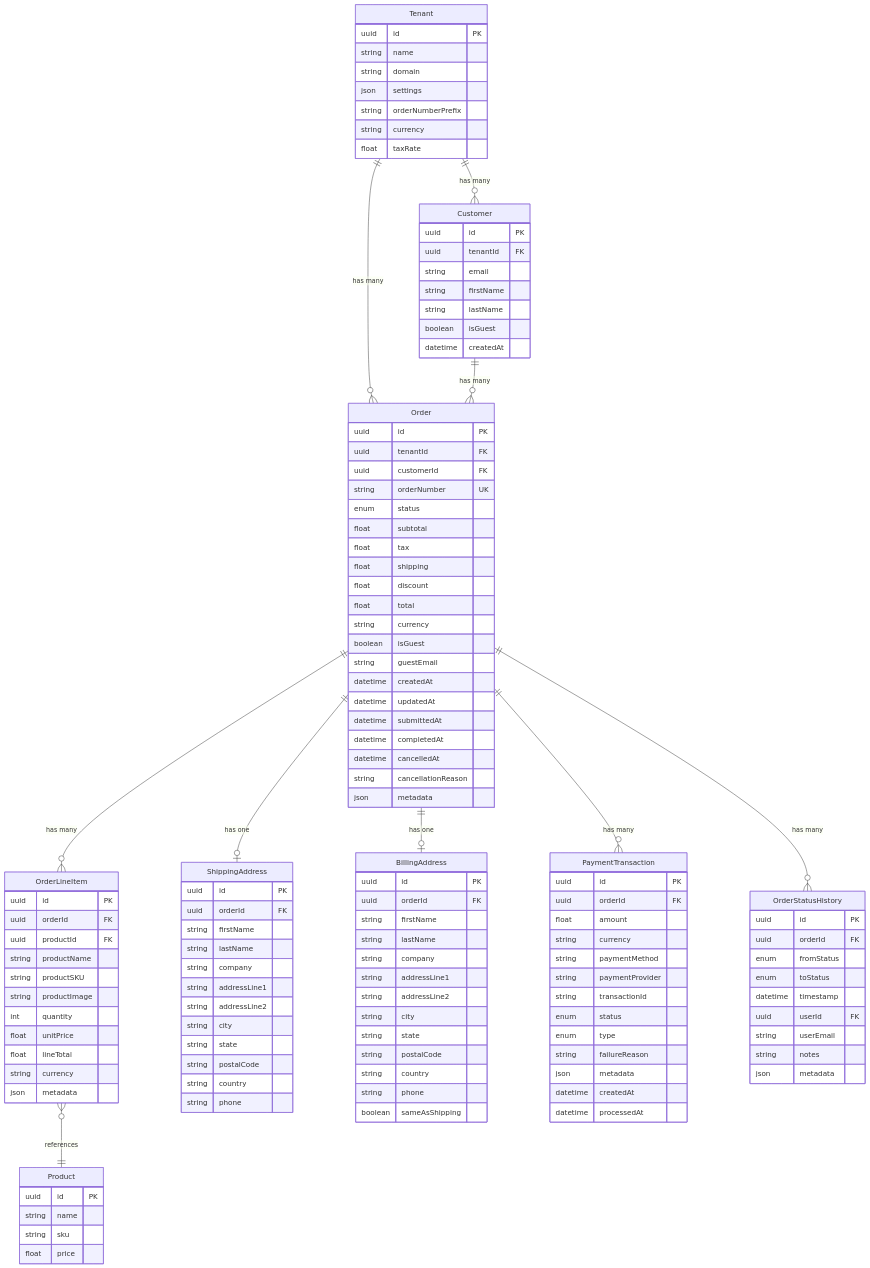
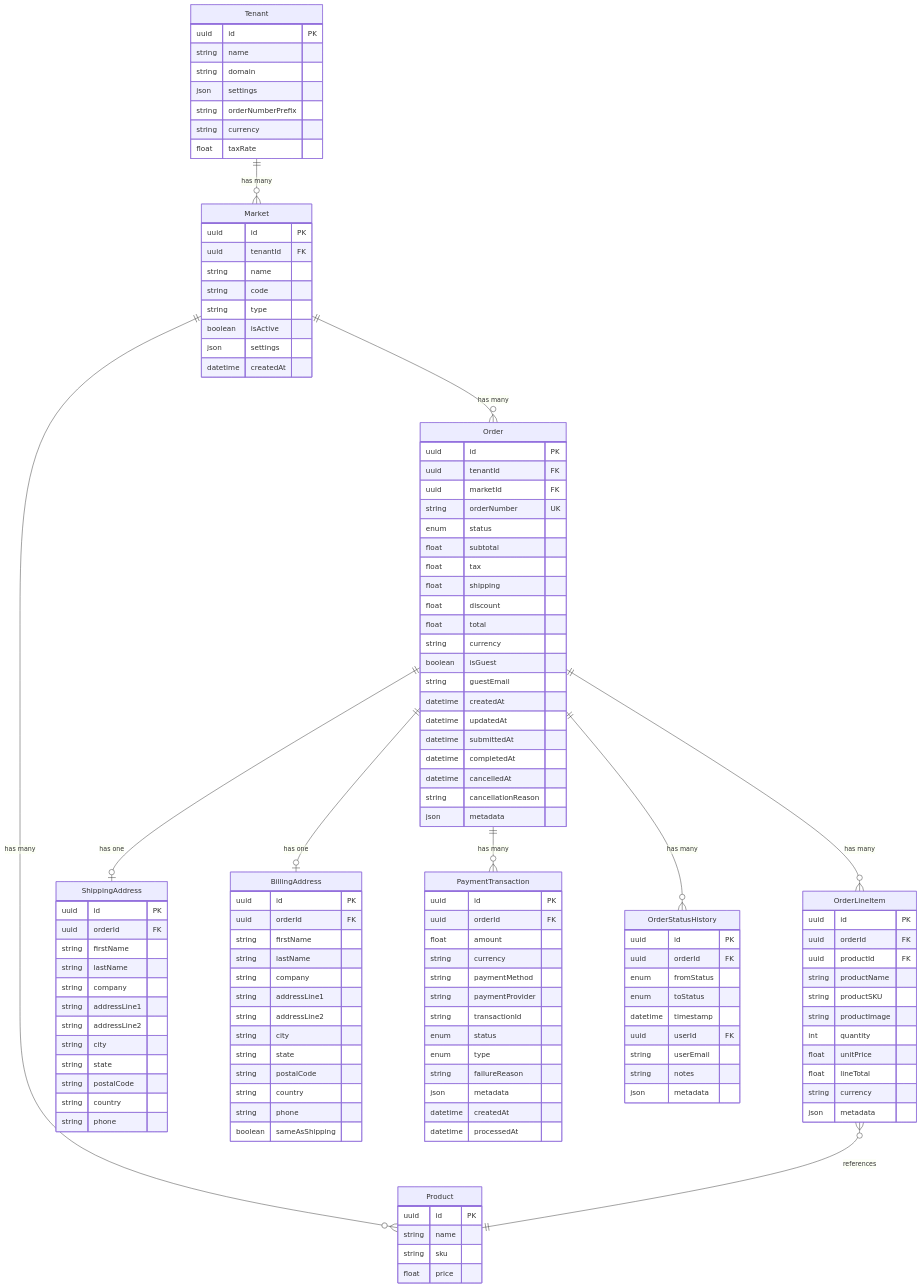
Before and after one commit to ukad-group/ecommerce-saas: the diagram in specs/002-cart-order-management/data-model.md, drawn with Mermaid. The commit also changed other lines of this file and 18 other files, not shown here.

First line of the commit message:
Complete removal of Customer concept: Transition to pure market-based architecture

````diff
--- a/specs/002-cart-order-management/data-model.md
+++ b/specs/002-cart-order-management/data-model.md
@@ -356,8 +355,8 @@
 ```mermaid
 erDiagram
-    Tenant ||--o{ Customer : "has many"
-    Tenant ||--o{ Order : "has many"
-    Customer ||--o{ Order : "has many"
+    Tenant ||--o{ Market : "has many"
+    Market ||--o{ Order : "has many"
+    Market ||--o{ Product : "has many"
     Order ||--o{ OrderLineItem : "has many"
     Order ||--o| ShippingAddress : "has one"
     Order ||--o| BillingAddress : "has one"
@@ -375,20 +374,21 @@
         float taxRate
     }
 
-    Customer {
+    Market {
         uuid id PK
         uuid tenantId FK
-        string email
-        string firstName
-        string lastName
-        boolean isGuest
+        string name
+        string code
+        string type
+        boolean isActive
+        json settings
         datetime createdAt
     }
 
     Order {
         uuid id PK
         uuid tenantId FK
-        uuid customerId FK
+        uuid marketId FK
         string orderNumber UK
         enum status
         float subtotal
````
